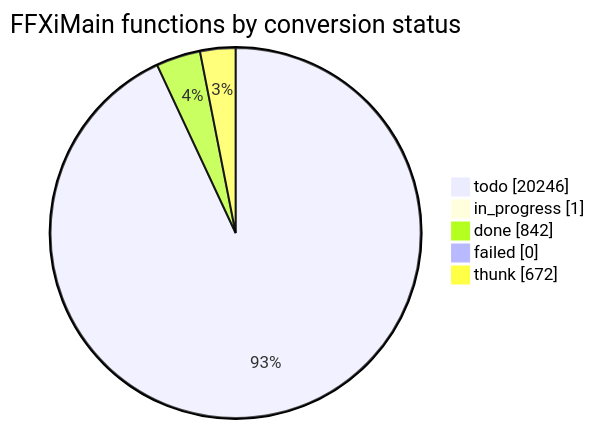
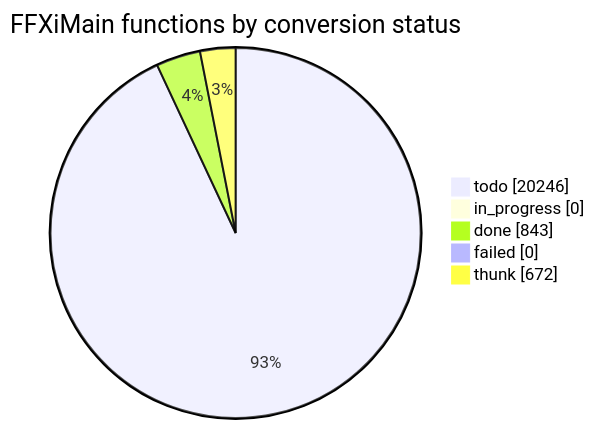
One commit to cowrevenge/cow_kuluu_xi_anything changed the diagram in docs/cow/STATUS.md. Above: the diagram before and after it, drawn with Mermaid. The commit also changed other lines of this file and 9 other files, not shown here.

````diff
--- a/docs/cow/STATUS.md
+++ b/docs/cow/STATUS.md
@@ -18,9 +18,9 @@
 ```mermaid
 pie showData
     title FFXiMain functions by conversion status
     "todo" : 20246
-    "in_progress" : 1
-    "done" : 842
+    "in_progress" : 0
+    "done" : 843
     "failed" : 0
     "thunk" : 672
 ```
````
